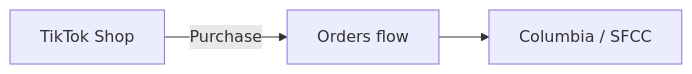
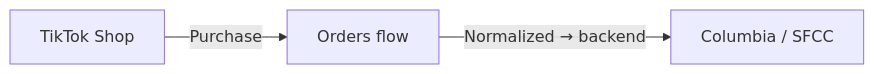
One commit to alienfacepalm/columbia-social-order-use-case changed the first of 11 diagrams in presentation.md. Above: the diagram before and after it, drawn with Mermaid. The commit also changed other lines of this file and 10 other files, not shown here.

First line of the commit message:
Speaker timer, layout, and diagram fixes

````diff
--- a/presentation.md
+++ b/presentation.md
@@ -55,5 +56,5 @@
 ```mermaid
 flowchart LR
     TT["TikTok Shop"] -->|"Purchase"| Goal["Orders flow"]
-    Goal --> SFCC["Columbia / SFCC"]
+    Goal -->|"Normalized → backend"| SFCC["Columbia / SFCC"]
 ```
````
